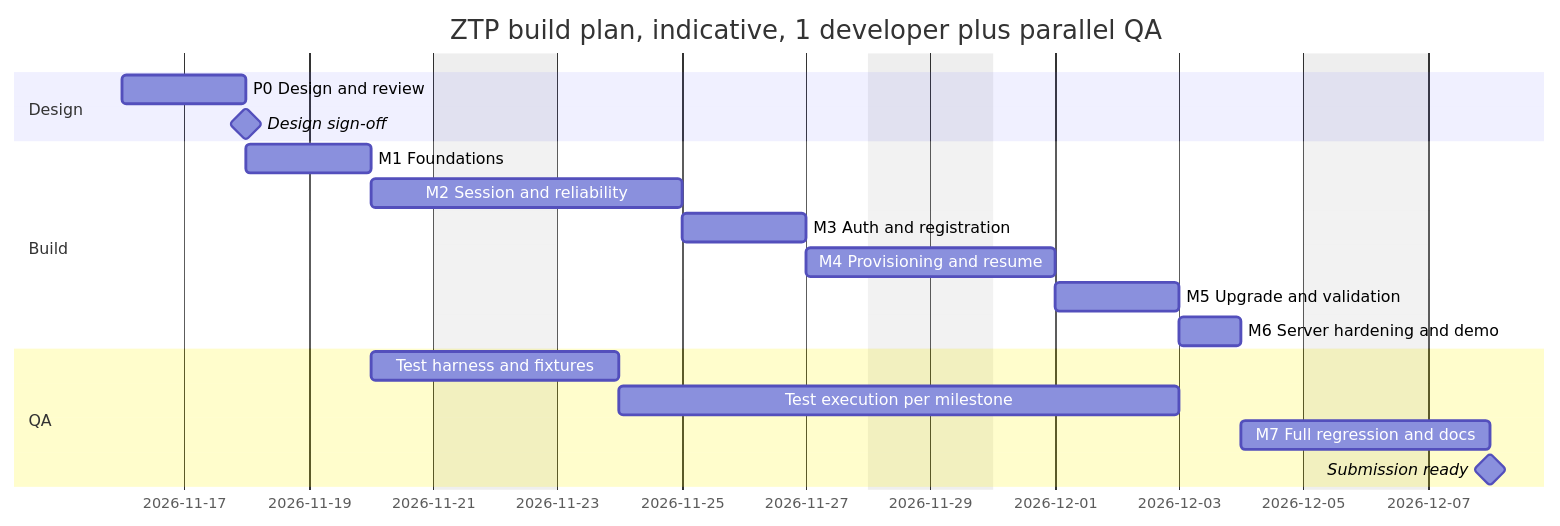
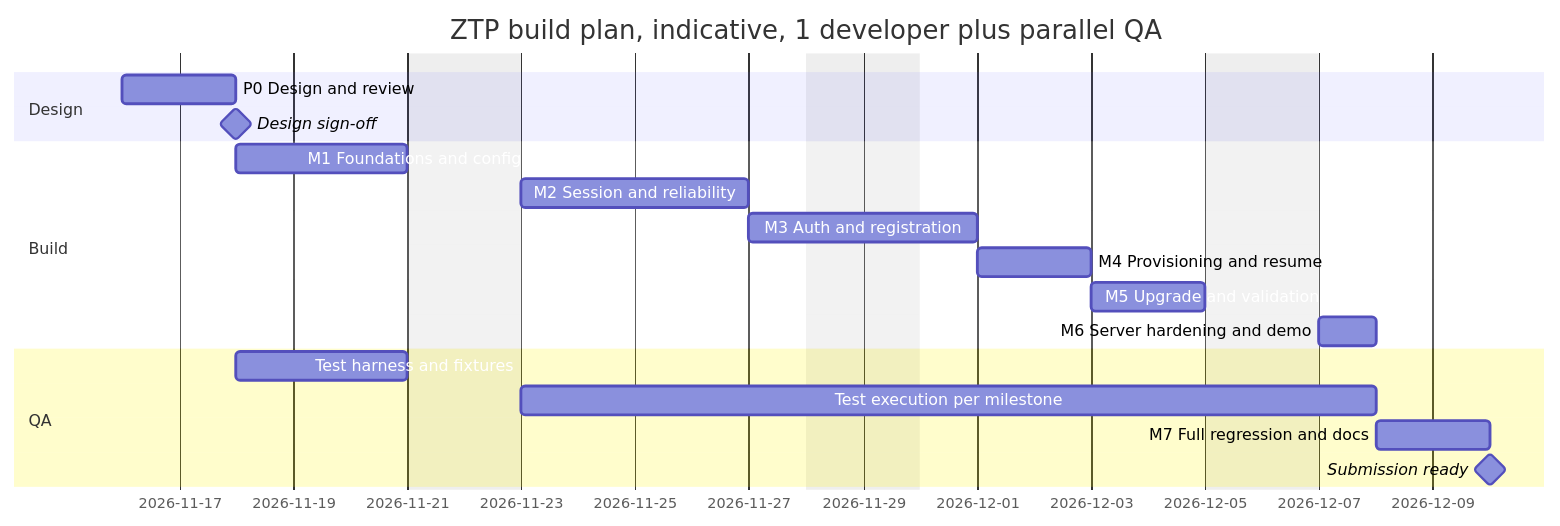
Before and after one commit to heysunilvk/ztp-project: the second of 2 diagrams in PRD_ZTP.md, drawn with Mermaid. The commit also changed other lines of this file and 2 other files, not shown here.

````diff
--- a/PRD_ZTP.md
+++ b/PRD_ZTP.md
@@ -336,21 +346,21 @@
 ```mermaid
 gantt
     title ZTP build plan, indicative, 1 developer plus parallel QA
     dateFormat  YYYY-MM-DD
     excludes    weekends
     section Design
     P0 Design and review           :p0, 2026-11-16, 2d
     Design sign-off                :milestone, ms0, after p0, 0d
     section Build
-    M1 Foundations                 :m1, after p0, 2d
-    M2 Session and reliability     :m2, after m1, 3d
+    M1 Foundations and config      :m1, after p0, 3d
+    M2 Session and reliability     :m2, after m1, 4d
     M3 Auth and registration       :m3, after m2, 2d
     M4 Provisioning and resume     :m4, after m3, 2d
     M5 Upgrade and validation      :m5, after m4, 2d
     M6 Server hardening and demo   :m6, after m5, 1d
     section QA
-    Test harness and fixtures      :q1, after m1, 2d
-    Test execution per milestone   :q2, after q1, 7d
+    Test harness and fixtures      :q1, after p0, 3d
+    Test execution per milestone   :q2, after q1, 11d
     M7 Full regression and docs    :m7, after m6, 2d
     Submission ready               :milestone, ms1, after m7, 0d
 ```
````
